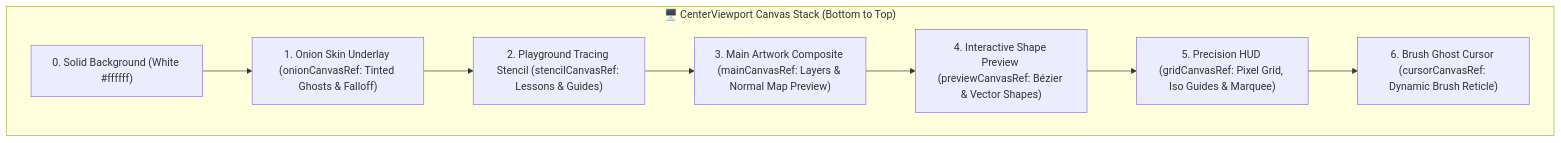
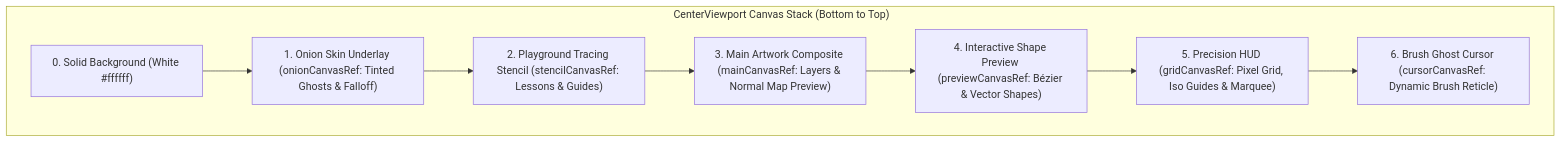
The second of 7 diagrams in ARCHITECTURE.md (lxcario/PixiBun), drawn with Mermaid before and after one commit. The commit also changed other lines of this file and 18 other files, not shown here.

````diff
--- a/ARCHITECTURE.md
+++ b/ARCHITECTURE.md
@@ -61,19 +61,19 @@
 ```mermaid
 graph TD
-    subgraph Viewport_Stack ["🖥️ CenterViewport Canvas Stack (Bottom to Top)"]
+    subgraph Viewport_Stack ["️ CenterViewport Canvas Stack (Bottom to Top)"]
         L0["0. Solid Background (White #ffffff)"]
         L1["1. Onion Skin Underlay (onionCanvasRef: Tinted Ghosts & Falloff)"]
         L2["2. Playground Tracing Stencil (stencilCanvasRef: Lessons & Guides)"]
         L3["3. Main Artwork Composite (mainCanvasRef: Layers & Normal Map Preview)"]
         L4["4. Interactive Shape Preview (previewCanvasRef: Bézier & Vector Shapes)"]
         L5["5. Precision HUD (gridCanvasRef: Pixel Grid, Iso Guides & Marquee)"]
         L6["6. Brush Ghost Cursor (cursorCanvasRef: Dynamic Brush Reticle)"]
     end
     
     L0 --> L1
     L1 --> L2
     L2 --> L3
     L3 --> L4
     L4 --> L5
     L5 --> L6
 ```
````
